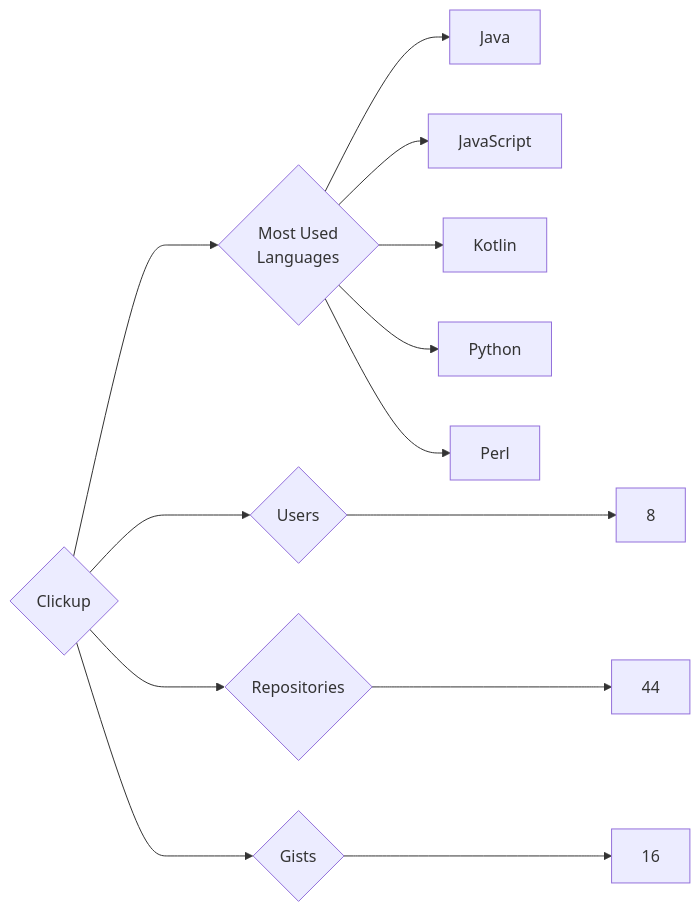
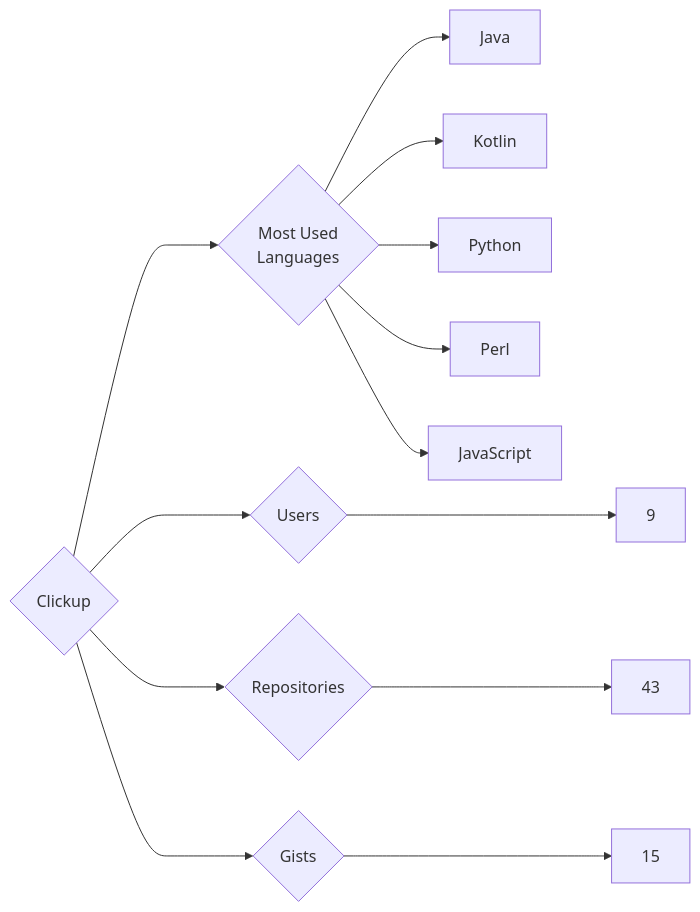
One commit to trickest/insiders changed the diagram in targets/Clickup/README.md. Above: the diagram before and after it, drawn with Mermaid. The commit also changed 1023 other files, not shown here.

````diff
--- a/targets/Clickup/README.md
+++ b/targets/Clickup/README.md
@@ -3,13 +3,13 @@
 ```mermaid
 graph LR
 COMPANY_NAME{Clickup}
-COMPANY_NAME ---> U{Users} ---> UN[8]
-COMPANY_NAME ---> R{Repositories} ---> RN[44]
-COMPANY_NAME ---> G{Gists} ---> GN[16]
+COMPANY_NAME ---> U{Users} ---> UN[9]
+COMPANY_NAME ---> R{Repositories} ---> RN[43]
+COMPANY_NAME ---> G{Gists} ---> GN[15]
 COMPANY_NAME ---> ML{Most Used<br>Languages}
 ML --> Java[Java]
-ML --> JavaScript[JavaScript]
 ML --> Kotlin[Kotlin]
 ML --> Python[Python]
 ML --> Perl[Perl]
+ML --> JavaScript[JavaScript]
 ```
````
